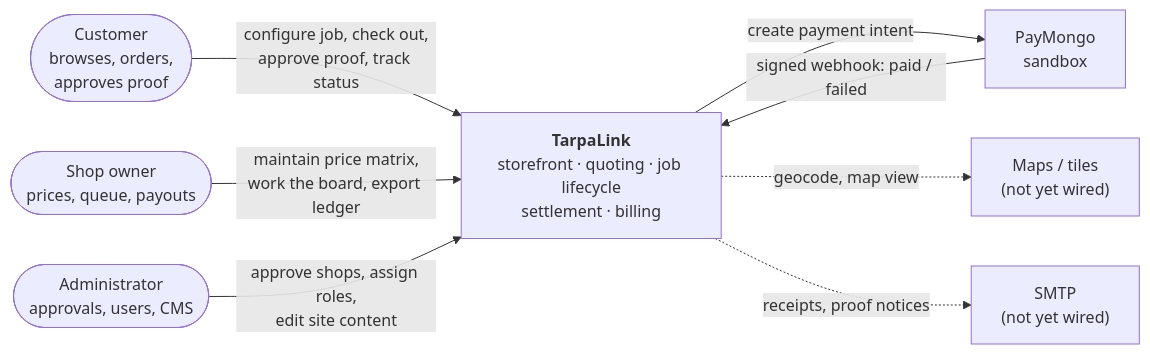
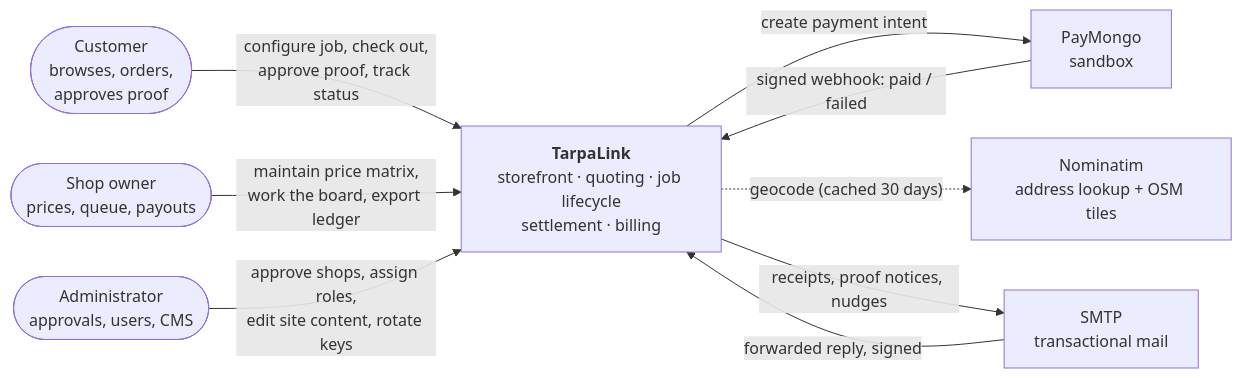
The first of 7 diagrams in docs/ARCHITECTURE.md (pasinosvictorianodyanna-hub/TarpaLink), drawn with Mermaid before and after one commit. The commit also changed other lines of this file and 48 other files, not shown here.

````diff
--- a/docs/ARCHITECTURE.md
+++ b/docs/ARCHITECTURE.md
@@ -14,21 +14,22 @@
 ```mermaid
 flowchart LR
     C(["Customer<br/>browses, orders,<br/>approves proof"])
     O(["Shop owner<br/>prices, queue, payouts"])
     A(["Administrator<br/>approvals, users, CMS"])
 
     T["<b>TarpaLink</b><br/>storefront · quoting · job lifecycle<br/>settlement · billing"]
 
     P["PayMongo<br/>sandbox"]
-    M["Maps / tiles<br/>(not yet wired)"]
-    S["SMTP<br/>(not yet wired)"]
+    M["Nominatim<br/>address lookup + OSM tiles"]
+    S["SMTP<br/>transactional mail"]
 
     C -->|"configure job, check out,<br/>approve proof, track status"| T
     O -->|"maintain price matrix,<br/>work the board, export ledger"| T
-    A -->|"approve shops, assign roles,<br/>edit site content"| T
+    A -->|"approve shops, assign roles,<br/>edit site content, rotate keys"| T
 
     T -->|"create payment intent"| P
     P -->|"signed webhook: paid / failed"| T
-    T -.->|"geocode, map view"| M
-    T -.->|"receipts, proof notices"| S
+    T -.->|"geocode (cached 30 days)"| M
+    T -->|"receipts, proof notices, nudges"| S
+    S -->|"forwarded reply, signed"| T
 ```
````
